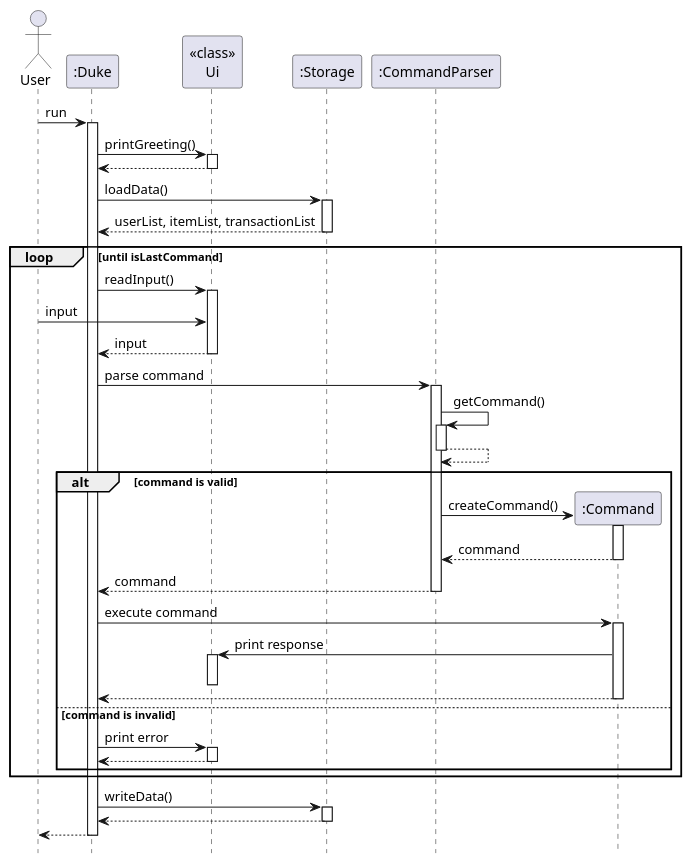
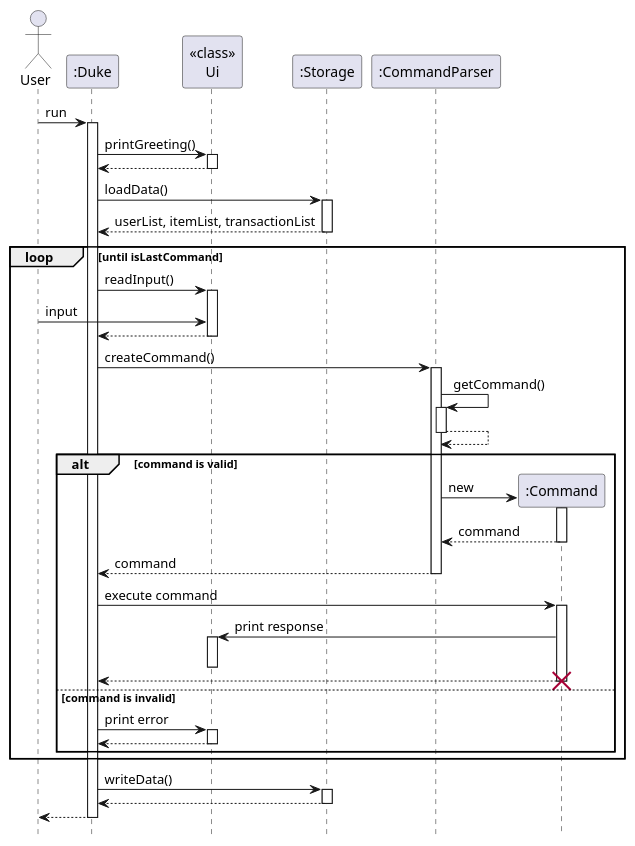
Before and after one commit to nus-cs2113-AY2223S1/tp: the diagram in docs/diagrams/duke/DukeSequence.puml, drawn with PlantUML. The commit also changed 13 other files, not shown here.

Commit message:
Update diagrams

```diff
--- a/docs/diagrams/duke/DukeSequence.puml
+++ b/docs/diagrams/duke/DukeSequence.puml
@@ -1,54 +1,54 @@
 @startuml
 hide footbox
 
 Actor User
 User -> ":Duke" : run
 activate ":Duke"
 ":Duke" -> "<<class>>\nUi" : printGreeting()
 activate "<<class>>\nUi"
 "<<class>>\nUi" --> ":Duke"
 deactivate "<<class>>\nUi"
 ":Duke" -> ":Storage" : loadData()
 activate ":Storage"
 return userList, itemList, transactionList
 loop until isLastCommand
     ":Duke" -> "<<class>>\nUi": readInput()
     activate "<<class>>\nUi"
-    User -> "<<class>>\nUi" : input
-    return input
-    ":Duke" -> ":CommandParser" : parse command
+    User -> "<<class>>\nUi":input
+    return
+    ":Duke" -> ":CommandParser" : createCommand()
     activate ":CommandParser"
     ":CommandParser" -> ":CommandParser" : getCommand()
     activate ":CommandParser"
     ":CommandParser" --> ":CommandParser"
     deactivate ":CommandParser"
 
     alt command is valid
-        create ":Command"
-        ":CommandParser" -> ":Command": createCommand()
+        ":CommandParser" -> ":Command"**: new
         activate ":Command"
         return command
         return command
         ":Duke" -> ":Command" : execute command
         activate ":Command"
         ":Command" -> "<<class>>\nUi": print response
         activate "<<class>>\nUi"
         deactivate "<<class>>\nUi"
         ":Command" --> ":Duke"
         deactivate ":Command"
+        destroy ":Command"
 
     else command is invalid
         ":Duke" -> "<<class>>\nUi" : print error
         activate "<<class>>\nUi"
         "<<class>>\nUi" --> ":Duke"
         deactivate "<<class>>\nUi"
     end
 end
 
 ":Duke" -> ":Storage" : writeData()
 activate ":Storage"
 return
 ":Duke" --> "User"
 deactivate ":Duke"
 
 @enduml
```
